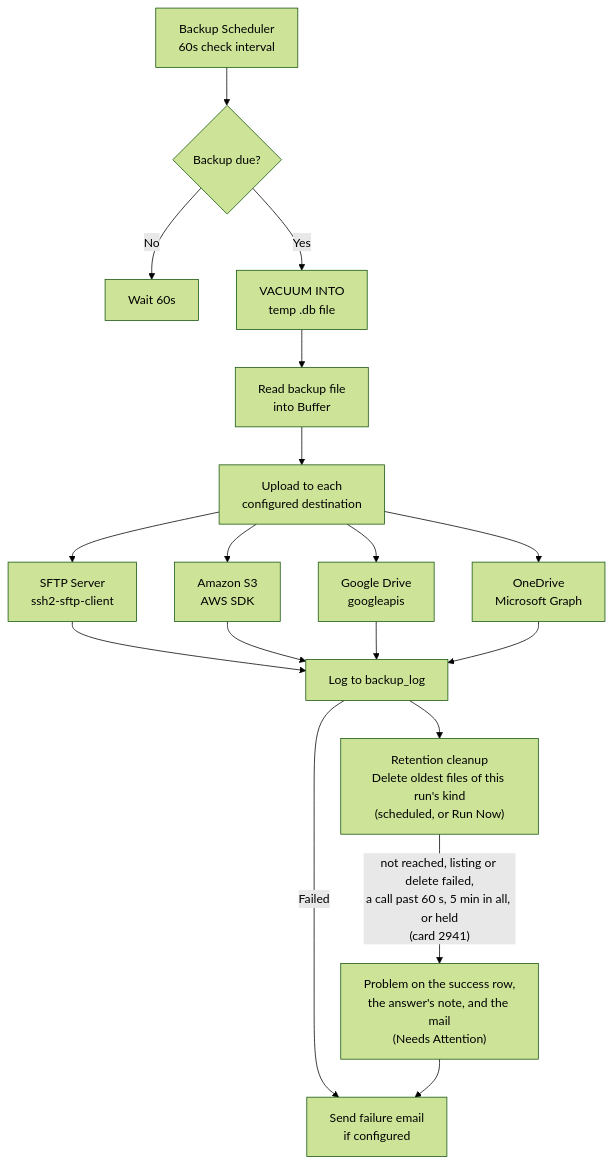
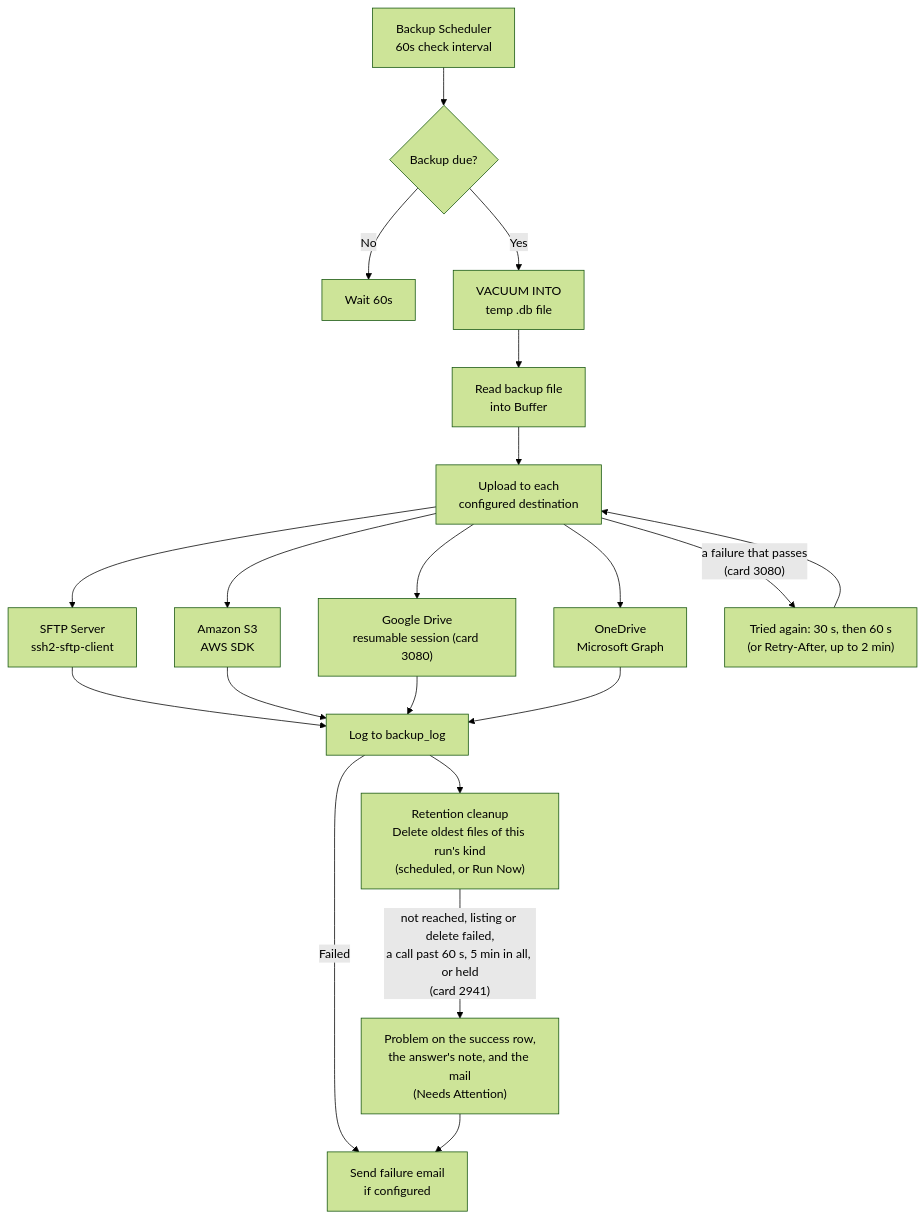
One commit to gitBoon/DumpFire changed the first of 39 diagrams in docs/backup-reporting.md. Above: the diagram before and after it, drawn with Mermaid (forest theme). The commit also changed other lines of this file and 16 other files, not shown here.

First line of the commit message:
feat: backups retry a failed copy, Drive uploads resume in pieces, failures read as one plain sentence (3080)

````diff
--- a/docs/backup-reporting.md
+++ b/docs/backup-reporting.md
@@ -72,24 +76,26 @@
 ```mermaid
 flowchart TD
     Scheduler["Backup Scheduler\n60s check interval"]
     Scheduler --> DueCheck{"Backup due?"}
     DueCheck -->|"No"| Wait["Wait 60s"]
     DueCheck -->|"Yes"| Generate["VACUUM INTO\ntemp .db file"]
     Generate --> ReadFile["Read backup file\ninto Buffer"]
     ReadFile --> Upload["Upload to each\nconfigured destination"]
 
     Upload --> SFTP["SFTP Server\nssh2-sftp-client"]
     Upload --> S3["Amazon S3\nAWS SDK"]
-    Upload --> GDrive["Google Drive\ngoogleapis"]
+    Upload --> GDrive["Google Drive\nresumable session (card 3080)"]
     Upload --> OneDrive["OneDrive\nMicrosoft Graph"]
 
     SFTP --> LogResult["Log to backup_log"]
     S3 --> LogResult
     GDrive --> LogResult
     OneDrive --> LogResult
 
     LogResult --> Retention["Retention cleanup\nDelete oldest files of this run's kind\n(scheduled, or Run Now)"]
+    Upload -->|"a failure that passes\n(card 3080)"| Again["Tried again: 30 s, then 60 s\n(or Retry-After, up to 2 min)"]
+    Again --> Upload
     LogResult -->|"Failed"| NotifyEmail["Send failure email\nif configured"]
     Retention -->|"not reached, listing or delete failed,\na call past 60 s, 5 min in all, or held\n(card 2941)"| Problem["Problem on the success row,\nthe answer's note, and the mail\n(Needs Attention)"]
     Problem --> NotifyEmail
 ```
````
